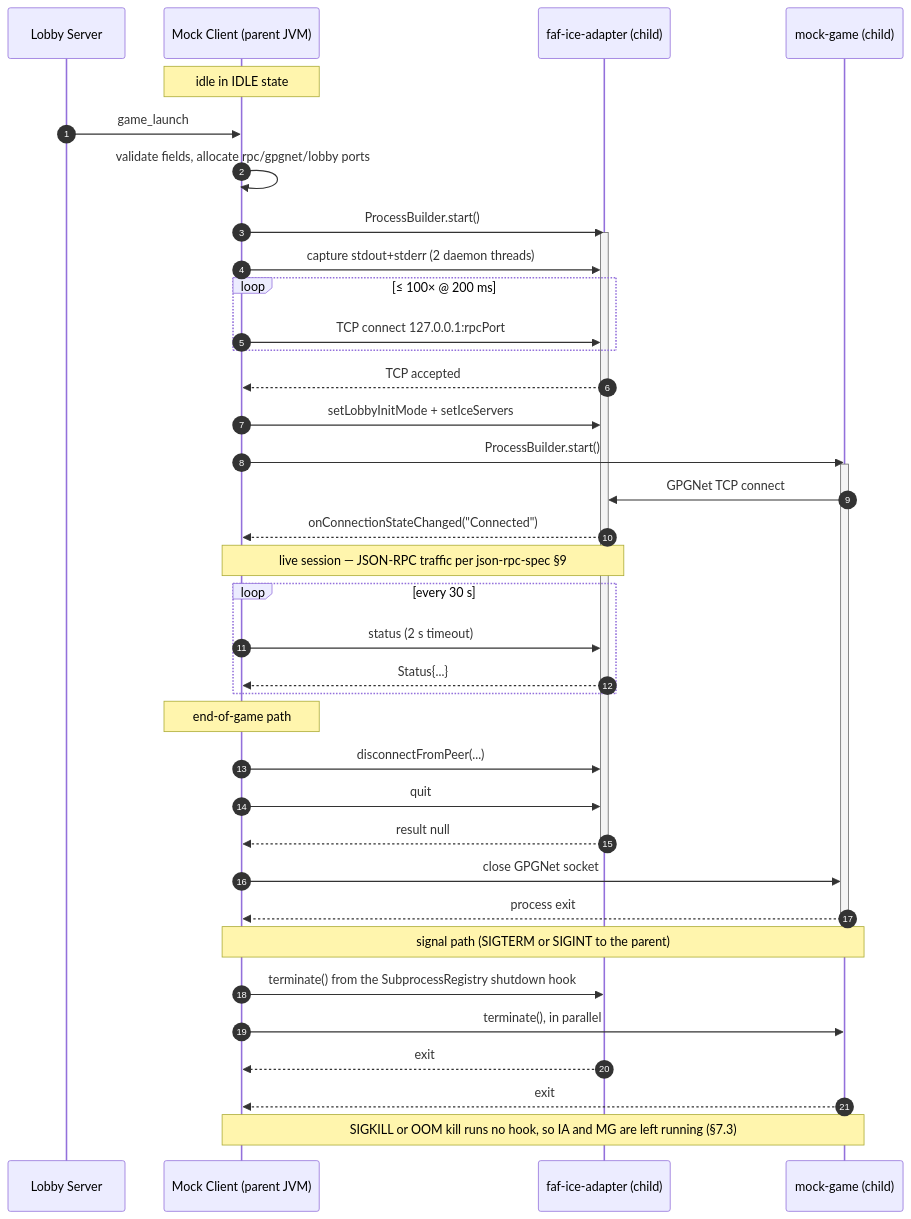
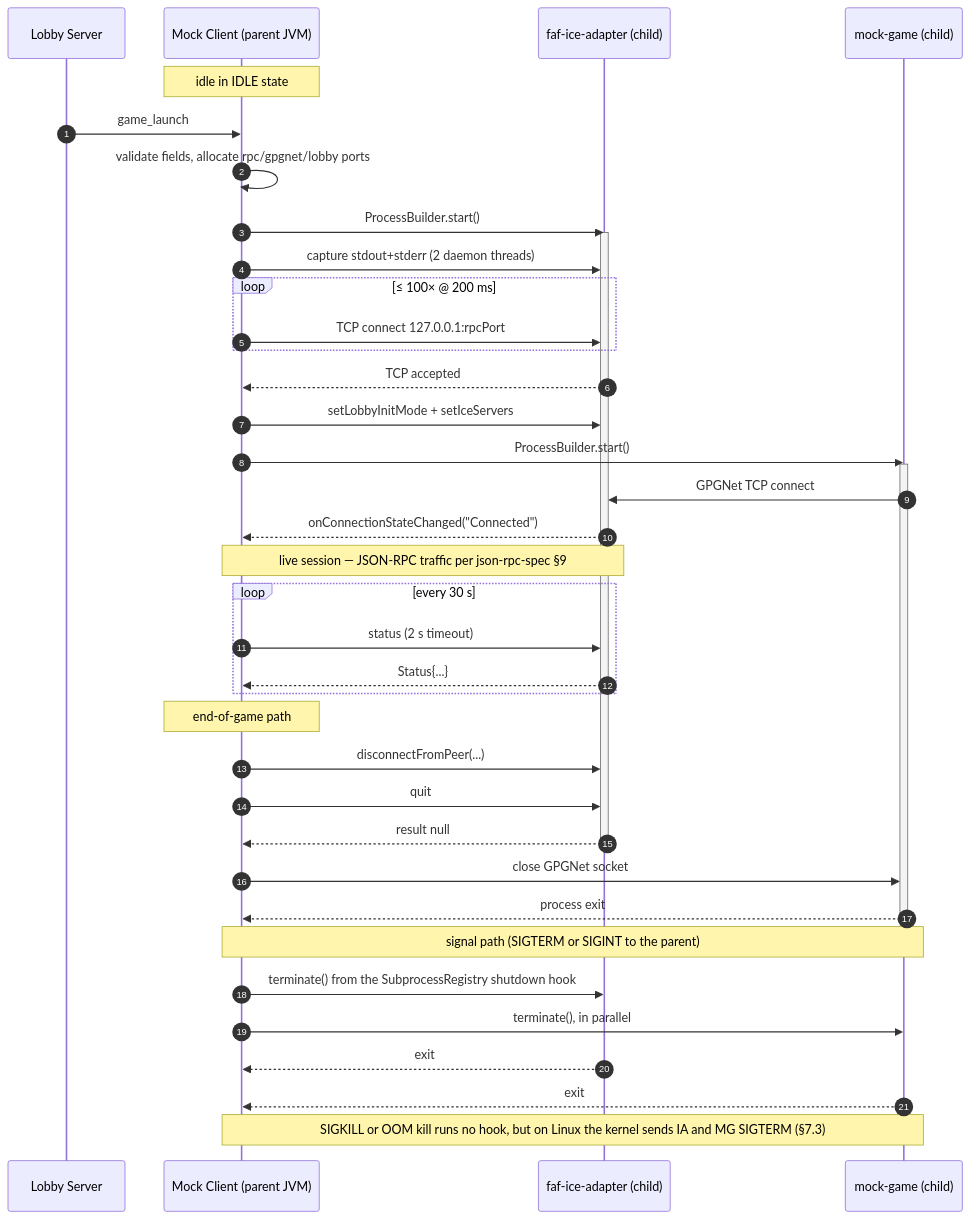
Before and after one commit to md-173/faf-test-harness: the diagram in documentation/research/subprocess-orchestration-spec.md, drawn with Mermaid. The commit also changed other lines of this file and 20 other files, not shown here.

````diff
--- a/documentation/research/subprocess-orchestration-spec.md
+++ b/documentation/research/subprocess-orchestration-spec.md
@@ -756,47 +803,47 @@
 ```mermaid
 sequenceDiagram
     autonumber
     participant LS as Lobby Server
     participant MC as Mock Client (parent JVM)
     participant IA as faf-ice-adapter (child)
     participant MG as mock-game (child)
 
     Note over MC: idle in IDLE state
     LS->>MC: game_launch
     MC->>MC: validate fields, allocate rpc/gpgnet/lobby ports
     MC->>IA: ProcessBuilder.start()
     activate IA
     MC->>IA: capture stdout+stderr (2 daemon threads)
     loop ≤ 100× @ 200 ms
         MC->>IA: TCP connect 127.0.0.1:rpcPort
     end
     IA-->>MC: TCP accepted
     MC->>IA: setLobbyInitMode + setIceServers
     MC->>MG: ProcessBuilder.start()
     activate MG
     MG->>IA: GPGNet TCP connect
     IA-->>MC: onConnectionStateChanged("Connected")
 
     Note over MC,IA: live session — JSON-RPC traffic per json-rpc-spec §9
 
     loop every 30 s
         MC->>IA: status (2 s timeout)
         IA-->>MC: Status{...}
     end
 
     Note over MC: end-of-game path
     MC->>IA: disconnectFromPeer(...)
     MC->>IA: quit
     IA-->>MC: result null
     deactivate IA
     MC->>MG: close GPGNet socket
     MG-->>MC: process exit
     deactivate MG
 
     Note over MC,MG: signal path (SIGTERM or SIGINT to the parent)
     MC->>IA: terminate() from the SubprocessRegistry shutdown hook
     MC->>MG: terminate(), in parallel
     IA-->>MC: exit
     MG-->>MC: exit
-    Note over MC,MG: SIGKILL or OOM kill runs no hook, so IA and MG are left running (§7.3)
+    Note over MC,MG: SIGKILL or OOM kill runs no hook, but on Linux the kernel sends IA and MG SIGTERM (§7.3)
 ```
````
